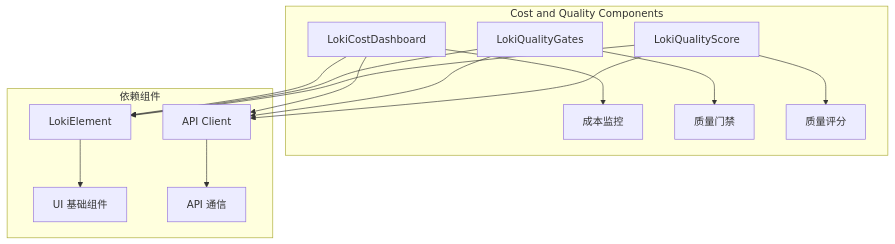
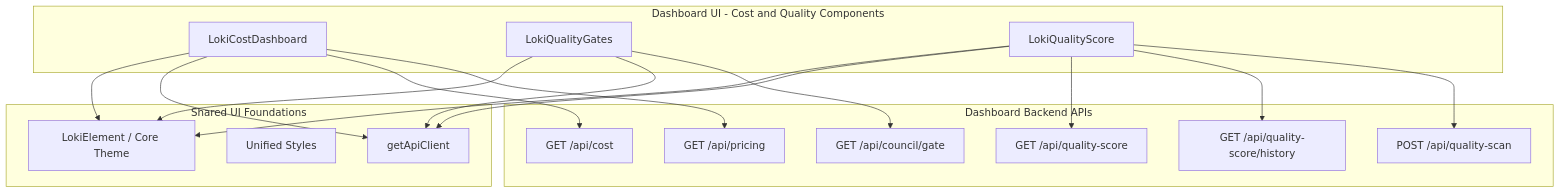
Before and after one commit to nerdneilsfield/code-wiki-pages: the first of 3 diagrams in public/loki-mode-docs/Cost and Quality Components.md, drawn with Mermaid. The commit also changed other lines of this file and 399 other files, not shown here.

````diff
--- a/public/loki-mode-docs/Cost and Quality Components.md
+++ b/public/loki-mode-docs/Cost and Quality Components.md
@@ -17,20 +19,37 @@
 ```mermaid
 graph TB
-    subgraph "Cost and Quality Components"
-        A[LokiCostDashboard] --> B[成本监控]
-        C[LokiQualityGates] --> D[质量门禁]
-        E[LokiQualityScore] --> F[质量评分]
-    end
-    
-    subgraph "依赖组件"
-        G[LokiElement] --> H[UI 基础组件]
-        I[API Client] --> J[API 通信]
-    end
-    
-    A --> G
-    A --> I
-    C --> G
-    C --> I
-    E --> G
-    E --> I
+  subgraph UI[Dashboard UI - Cost and Quality Components]
+    C1[LokiCostDashboard]
+    C2[LokiQualityGates]
+    C3[LokiQualityScore]
+  end
+
+  subgraph Base[Shared UI Foundations]
+    B1[LokiElement / Core Theme]
+    B2[Unified Styles]
+    B3[getApiClient]
+  end
+
+  subgraph Backend[Dashboard Backend APIs]
+    A1["GET /api/cost"]
+    A2["GET /api/pricing"]
+    A3["GET /api/council/gate"]
+    A4["GET /api/quality-score"]
+    A5["GET /api/quality-score/history"]
+    A6["POST /api/quality-scan"]
+  end
+
+  C1 --> B1
+  C2 --> B1
+  C3 --> B1
+  C1 --> B3
+  C2 --> B3
+  C3 --> B3
+
+  C1 --> A1
+  C1 --> A2
+  C2 --> A3
+  C3 --> A4
+  C3 --> A5
+  C3 --> A6
 ```
````
